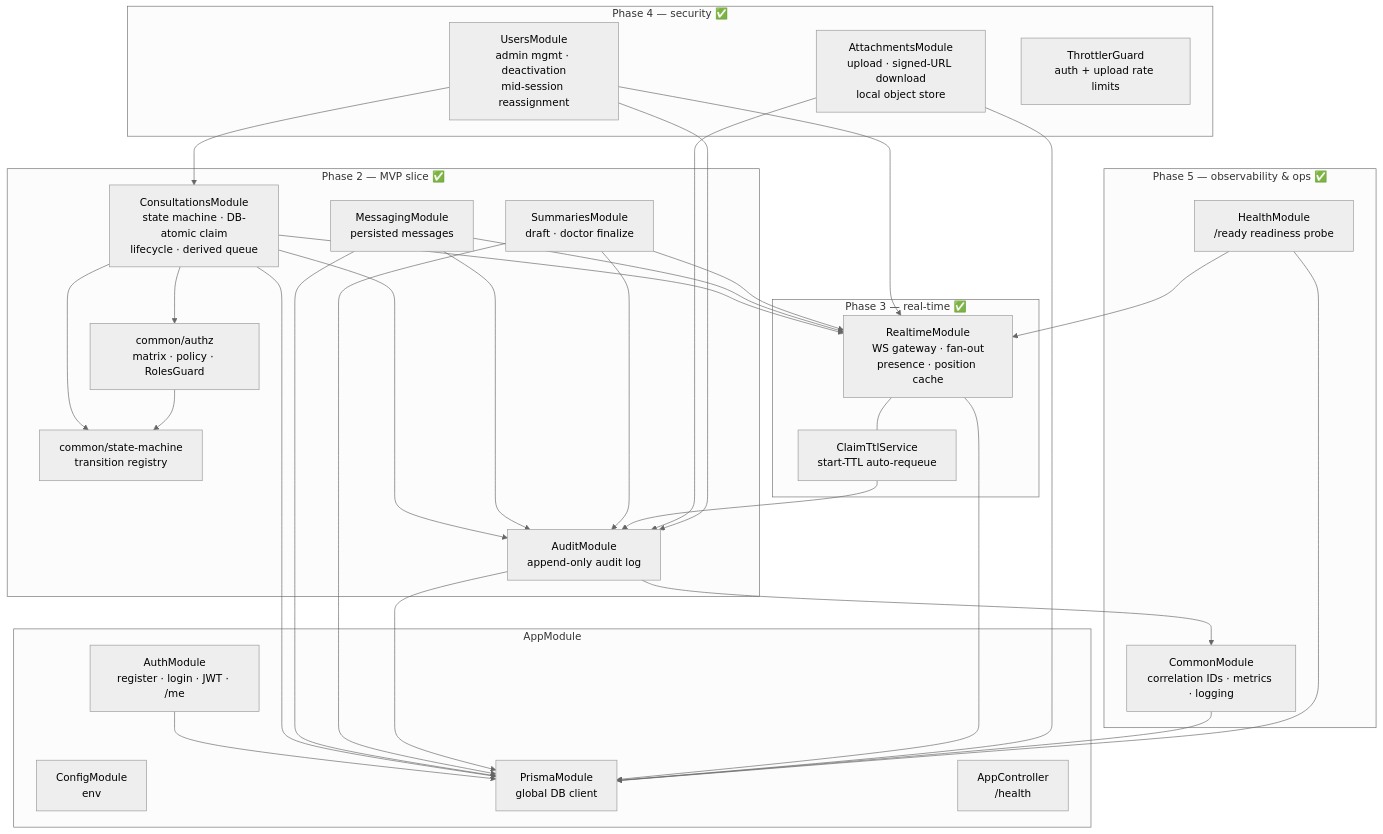
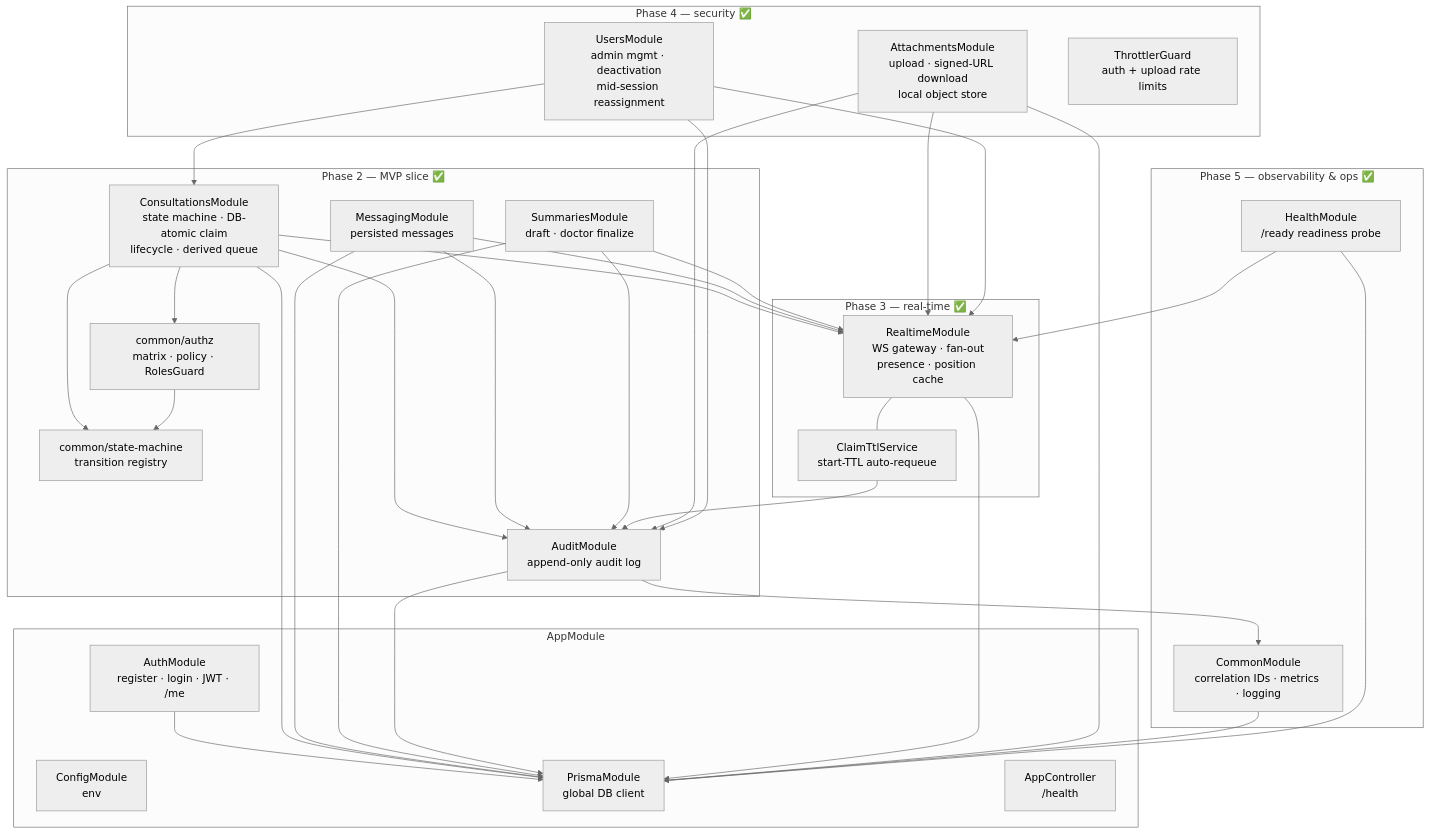
The second of 14 diagrams in docs/architecture.md (akritiupreti/virtual-consultation-platform), drawn with Mermaid (neutral theme) before and after one commit. The commit also changed other lines of this file and 12 other files, not shown here.

````diff
--- a/docs/architecture.md
+++ b/docs/architecture.md
@@ -68,61 +68,62 @@
 ```mermaid
 flowchart TB
     subgraph app [AppModule]
         config[ConfigModule<br/>env]
         prisma[PrismaModule<br/>global DB client]
         auth[AuthModule<br/>register · login · JWT · /me]
         health[AppController<br/>/health]
     end
 
     subgraph phase2 [Phase 2 — MVP slice ✅]
         consult[ConsultationsModule<br/>state machine · DB-atomic claim<br/>lifecycle · derived queue]
         messaging[MessagingModule<br/>persisted messages]
         summaries[SummariesModule<br/>draft · doctor finalize]
         audit[AuditModule<br/>append-only audit log]
         authz[common/authz<br/>matrix · policy · RolesGuard]
         sm[common/state-machine<br/>transition registry]
     end
 
     subgraph phase3 [Phase 3 — real-time ✅]
         realtime[RealtimeModule<br/>WS gateway · fan-out<br/>presence · position cache]
         claimttl[ClaimTtlService<br/>start-TTL auto-requeue]
     end
 
     subgraph phase4 [Phase 4 — security ✅]
         attach[AttachmentsModule<br/>upload · signed-URL download<br/>local object store]
         usersm[UsersModule<br/>admin mgmt · deactivation<br/>mid-session reassignment]
         throttle[ThrottlerGuard<br/>auth + upload rate limits]
     end
 
     subgraph phase5 [Phase 5 — observability & ops ✅]
         common[CommonModule<br/>correlation IDs · metrics · logging]
         healthm[HealthModule<br/>/ready readiness probe]
     end
 
     auth --> prisma
     consult --> prisma
     messaging --> prisma
     summaries --> prisma
     audit --> prisma
     consult --> audit
     messaging --> audit
     summaries --> audit
     consult --> authz
     consult --> sm
     authz --> sm
     consult --> realtime
     messaging --> realtime
     summaries --> realtime
     realtime --- claimttl
     claimttl --> audit
     realtime --> prisma
     attach --> prisma
     attach --> audit
+    attach --> realtime
     usersm --> consult
     usersm --> realtime
     usersm --> audit
     common --> prisma
     audit --> common
     healthm --> prisma
     healthm --> realtime
 ```
````
